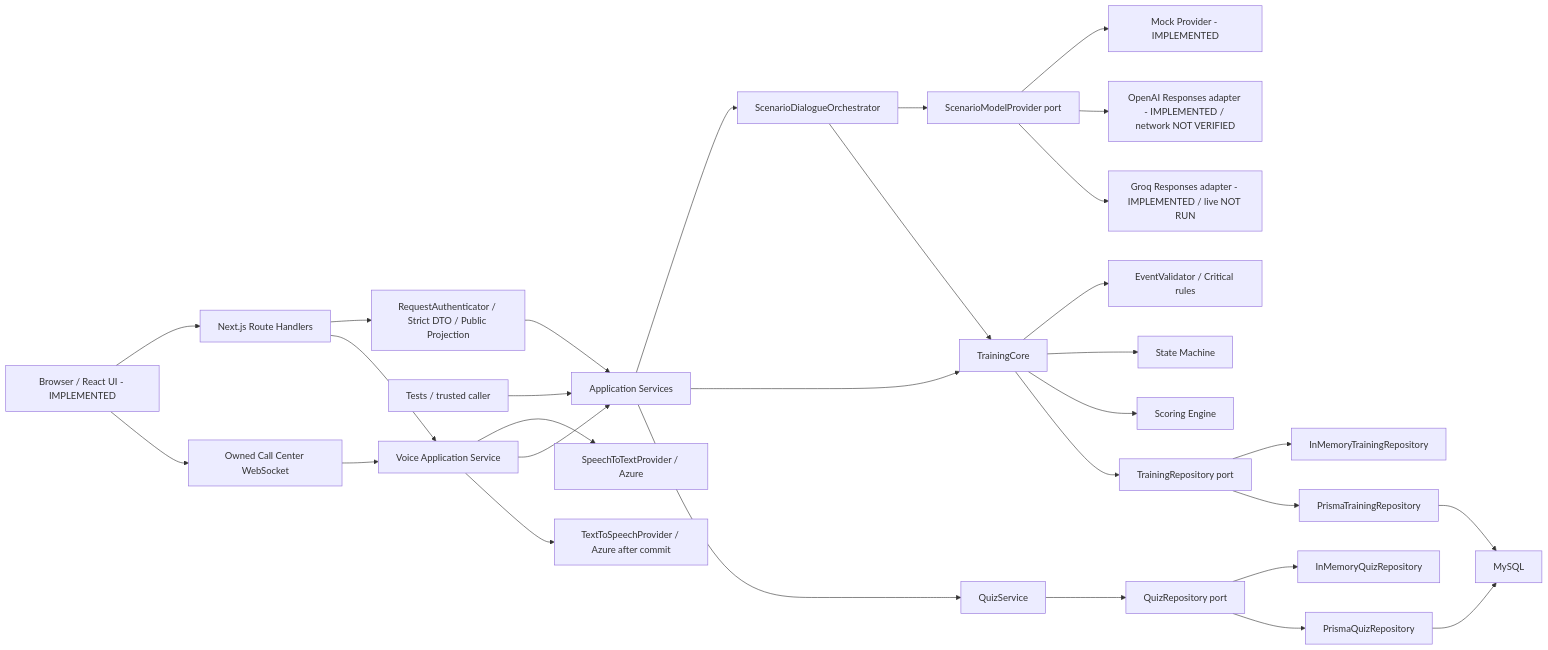
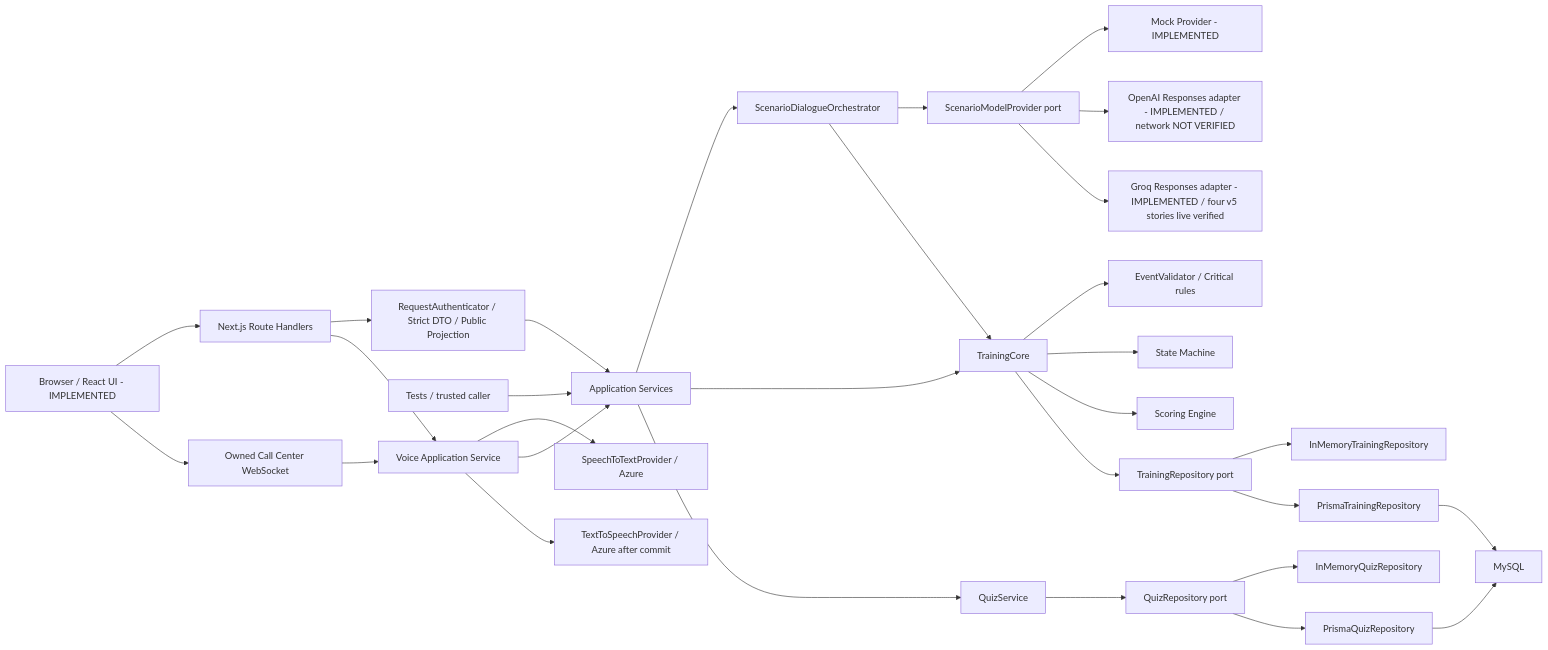
Before and after one commit to 9Tanaka/Project_mitjee: the diagram in docs/architecture.md, drawn with Mermaid. The commit also changed other lines of this file and 6 other files, not shown here.

````diff
--- a/docs/architecture.md
+++ b/docs/architecture.md
@@ -47,32 +47,32 @@
 ```mermaid
 flowchart LR
     browser["Browser / React UI - IMPLEMENTED"] --> http["Next.js Route Handlers"]
     http --> auth["RequestAuthenticator / Strict DTO / Public Projection"]
     auth --> entry["Application Services"]
     tests["Tests / trusted caller"] --> entry
     entry --> dialogue["ScenarioDialogueOrchestrator"]
     entry --> core["TrainingCore"]
     entry --> quiz["QuizService"]
     quiz --> quizRepository["QuizRepository port"]
     quizRepository --> quizMemory["InMemoryQuizRepository"]
     quizRepository --> quizPrisma["PrismaQuizRepository"]
     quizPrisma --> mysql
     dialogue --> provider["ScenarioModelProvider port"]
     provider --> mock["Mock Provider - IMPLEMENTED"]
     provider --> live["OpenAI Responses adapter - IMPLEMENTED / network NOT VERIFIED"]
-    provider --> groq["Groq Responses adapter - IMPLEMENTED / live NOT RUN"]
+    provider --> groq["Groq Responses adapter - IMPLEMENTED / four v5 stories live verified"]
     browser --> socket["Owned Call Center WebSocket"]
     socket --> voice["Voice Application Service"]
     http --> voice
     voice --> stt["SpeechToTextProvider / Azure"]
     voice --> entry
     voice --> tts["TextToSpeechProvider / Azure after commit"]
     dialogue --> core
     core --> validator["EventValidator / Critical rules"]
     core --> stateMachine["State Machine"]
     core --> scoring["Scoring Engine"]
     core --> repository["TrainingRepository port"]
     repository --> memory["InMemoryTrainingRepository"]
     repository --> prisma["PrismaTrainingRepository"]
     prisma --> mysql["MySQL"]
 ```
````
